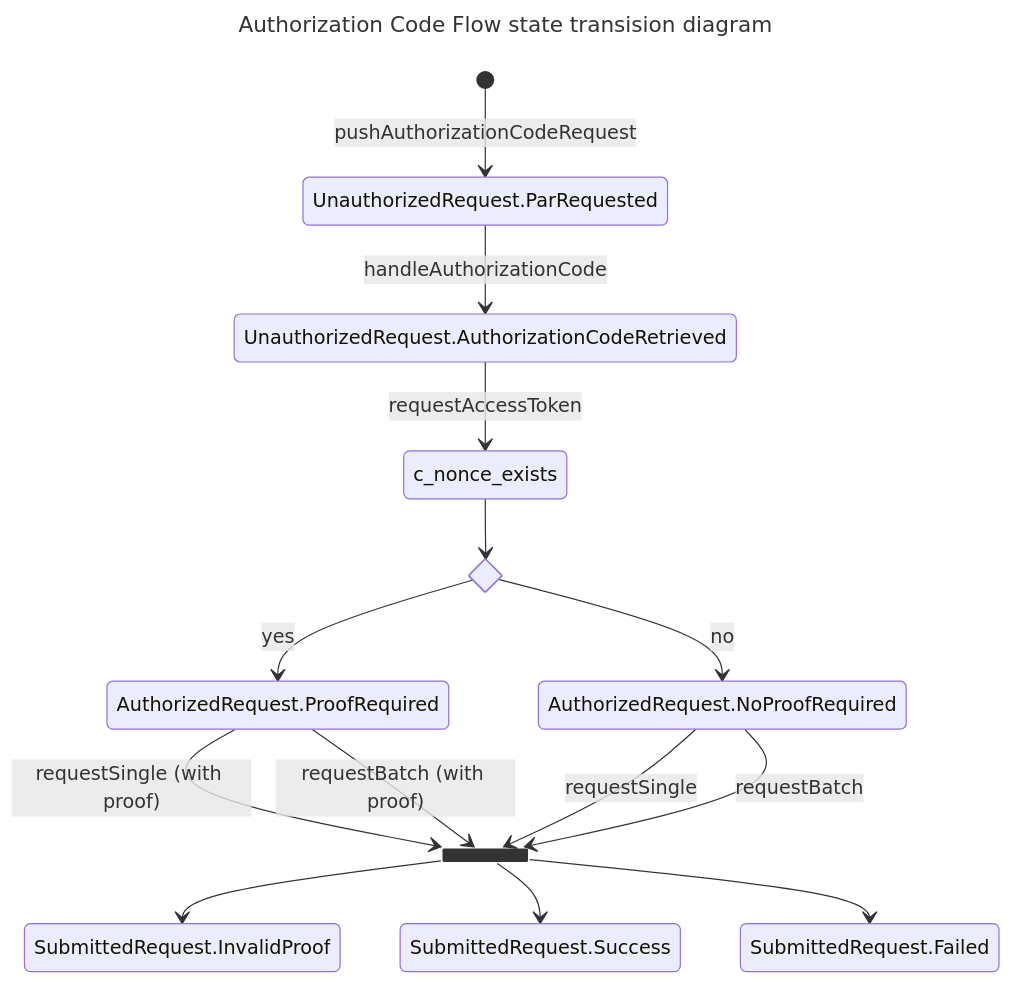
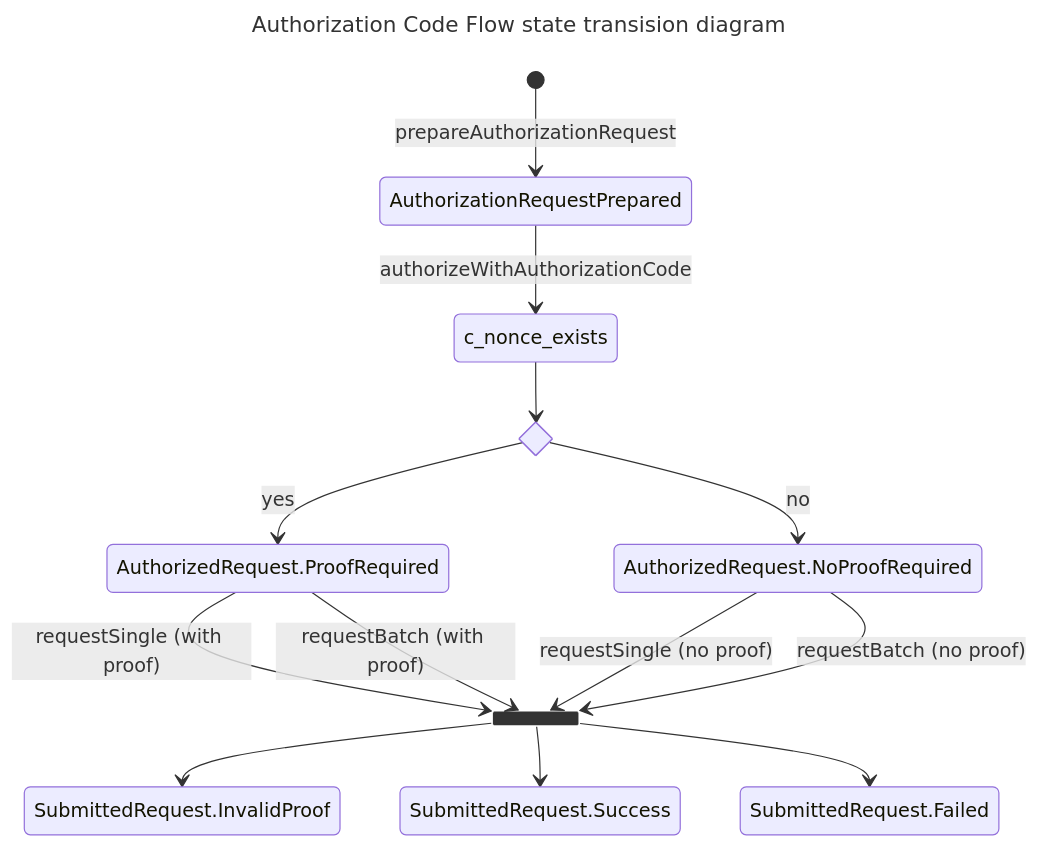
The first of 2 diagrams in README.md (eu-digital-identity-wallet/eudi-lib-jvm-openid4vci-kt), drawn with Mermaid before and after one commit. The commit also changed other lines of this file and 18 other files, not shown here.

````diff
--- a/README.md
+++ b/README.md
@@ -108,22 +63,21 @@
 ```mermaid 
 ---
 title: Authorization Code Flow state transision diagram
 ---
 stateDiagram-v2 
     state c_nonce_returned <<choice>>    
     state join_state <<join>>
-    [*] --> UnauthorizedRequest.ParRequested: pushAuthorizationCodeRequest
-    UnauthorizedRequest.ParRequested --> UnauthorizedRequest.AuthorizationCodeRetrieved: handleAuthorizationCode
-    UnauthorizedRequest.AuthorizationCodeRetrieved --> c_nonce_exists: requestAccessToken
+    [*] --> AuthorizationRequestPrepared: prepareAuthorizationRequest    
+    AuthorizationRequestPrepared --> c_nonce_exists: authorizeWithAuthorizationCode
     c_nonce_exists --> c_nonce_returned 
     c_nonce_returned --> AuthorizedRequest.ProofRequired : yes
     c_nonce_returned --> AuthorizedRequest.NoProofRequired : no
     AuthorizedRequest.ProofRequired --> join_state: requestSingle (with proof)
     AuthorizedRequest.ProofRequired --> join_state: requestBatch (with proof)
-    AuthorizedRequest.NoProofRequired --> join_state: requestSingle
-    AuthorizedRequest.NoProofRequired --> join_state: requestBatch
+    AuthorizedRequest.NoProofRequired --> join_state: requestSingle (no proof)
+    AuthorizedRequest.NoProofRequired --> join_state: requestBatch (no proof)
     join_state --> SubmittedRequest.InvalidProof
     join_state --> SubmittedRequest.Success
     join_state --> SubmittedRequest.Failed
     
 ```
````
